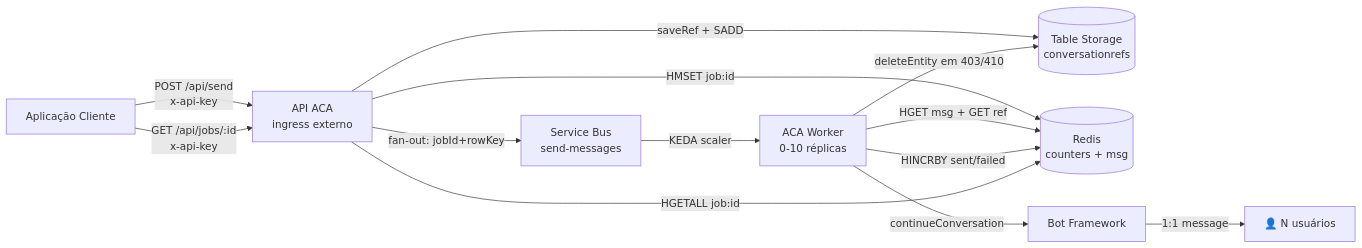
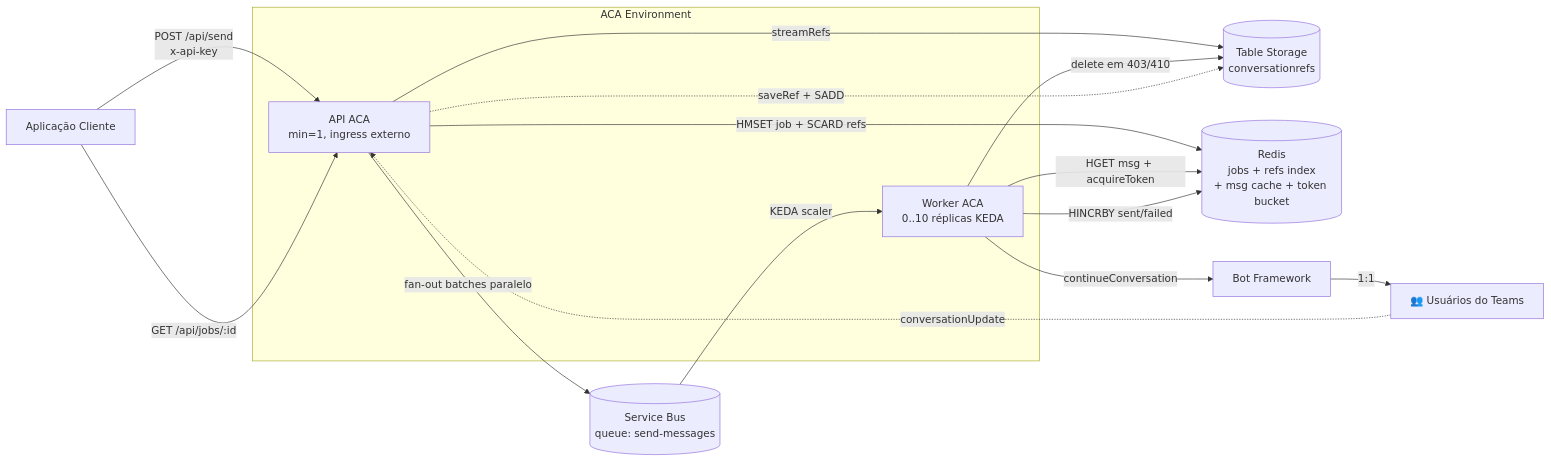
One commit to EdneiMonteiro/teams_msgs changed the first of 6 diagrams in README.md. Above: the diagram before and after it, drawn with Mermaid. The commit also changed other lines of this file, not shown here.

First line of the commit message:
docs(v8): full README refresh with diagrams, ADR, tests section

````diff
--- a/README.md
+++ b/README.md
@@ -42,15 +62,28 @@
 ```mermaid
 graph LR
-    A[Aplicação Cliente] -->|POST /api/send<br/>x-api-key| B[API ACA<br/>ingress externo]
-    B -->|saveRef + SADD| C[(Table Storage<br/>conversationrefs)]
-    B -->|fan-out: jobId+rowKey| D[Service Bus<br/>send-messages]
-    B -->|HMSET job:id| R[(Redis<br/>counters + msg)]
-    D -->|KEDA scaler| E[ACA Worker<br/>0-10 réplicas]
-    E -->|HGET msg + GET ref| R
-    E -->|continueConversation| F[Bot Framework]
-    F -->|1:1 message| G[👤 N usuários]
-    E -->|HINCRBY sent/failed| R
-    E -->|deleteEntity em 403/410| C
-    A -->|GET /api/jobs/:id<br/>x-api-key| B
-    B -->|HGETALL job:id| R
+    Client[Aplicação Cliente]
+    subgraph "ACA Environment"
+        API[API ACA<br/>min=1, ingress externo]
+        W1[Worker ACA<br/>0..10 réplicas KEDA]
+    end
+    Table[(Table Storage<br/>conversationrefs)]
+    Redis[(Redis<br/>jobs + refs index<br/>+ msg cache + token bucket)]
+    SB[(Service Bus<br/>queue: send-messages)]
+    BF[Bot Framework]
+    Users[👥 Usuários do Teams]
+
+    Client -->|POST /api/send<br/>x-api-key| API
+    Client -->|GET /api/jobs/:id| API
+    API -->|streamRefs| Table
+    API -->|HMSET job + SCARD refs| Redis
+    API -->|fan-out batches paralelo| SB
+    SB -->|KEDA scaler| W1
+    W1 -->|HGET msg + acquireToken| Redis
+    W1 -->|continueConversation| BF
+    BF -->|1:1| Users
+    W1 -->|HINCRBY sent/failed| Redis
+    W1 -->|delete em 403/410| Table
+
+    Users -.->|conversationUpdate| API
+    API -.->|saveRef + SADD| Table
 ```
````
